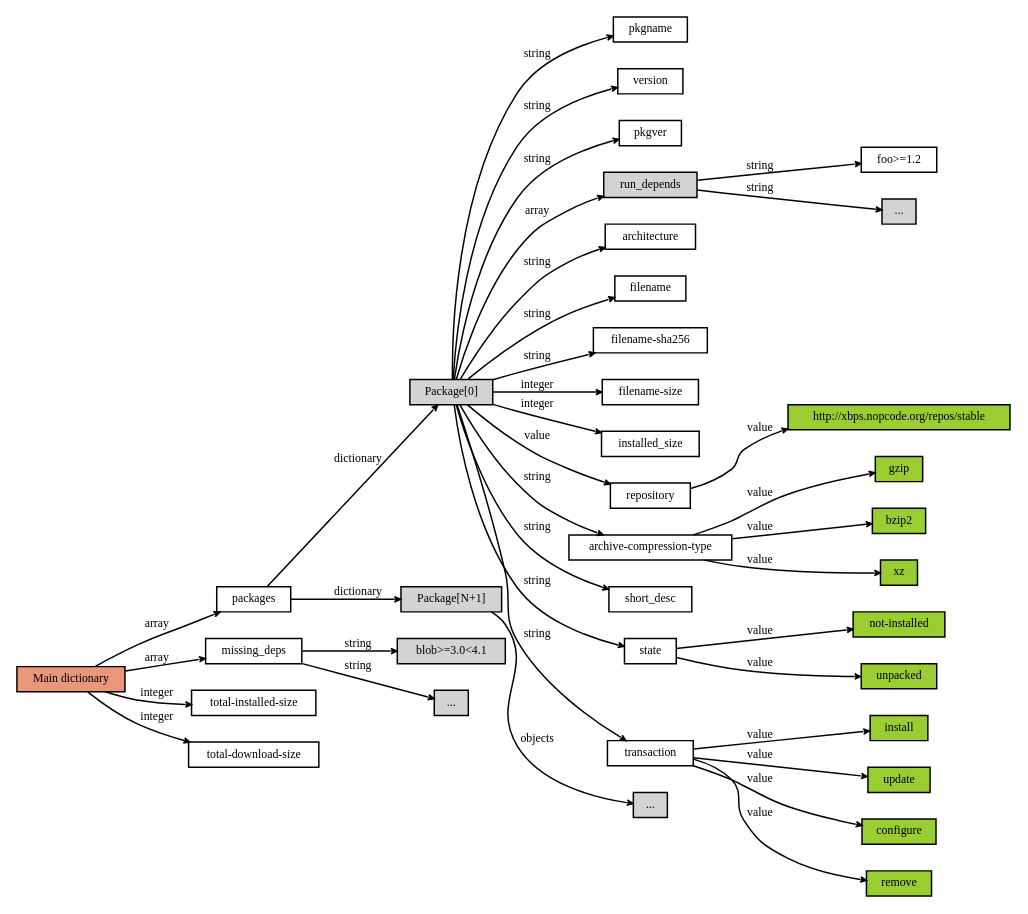
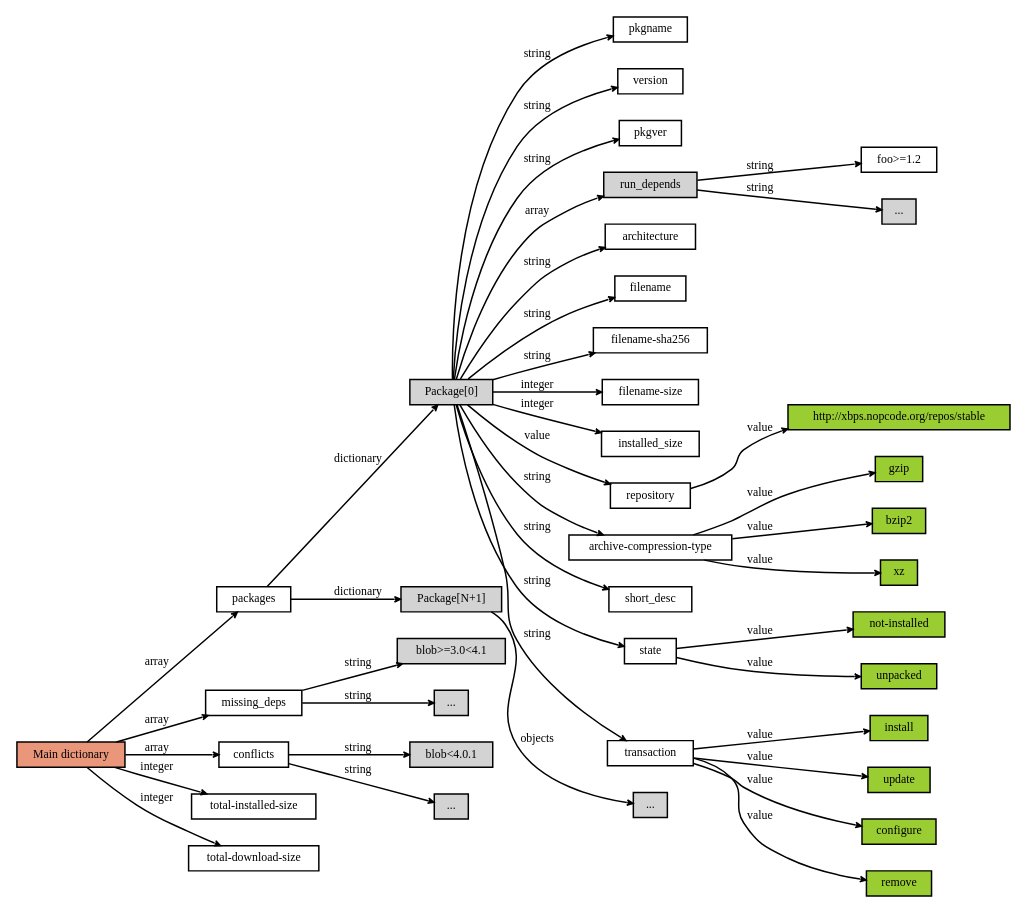
Before and after one commit to void-linux/xbps: the diagram in doc/xbps_transaction_dictionary.dot, drawn with Graphviz.

Commit message:
doc: update transaction dot file.

```diff
--- a/doc/xbps_transaction_dictionary.dot
+++ b/doc/xbps_transaction_dictionary.dot
@@ -1,66 +1,71 @@
 digraph transaction_dictionary {
 	graph [rankdir=LR,ranksep=".1"];
 	edge [arrowhead="vee",arrowsize="0.40",fontname="DejaVuSansCondensed",fontsize="8"];
 	node [shape=box,fontname="DejaVuSansCondensed",fontsize="8",height=".1",width=".1"];
 	main -> packages [label="array"];
 	main -> missing_deps [label="array"];
+	main -> conflicts [label="array"];
 	missing_deps -> mdep1 [label="string"];
 	missing_deps -> mdep2 [label="string"];
+	conflicts -> conflict1 [label="string"];
+	conflicts -> conflict2 [label="string"];
 	mdep1 [style=filled,label="blob>=3.0<4.1"];
 	mdep2 [style=filled,label="..."];
+	conflict1 [style=filled,label="blob<4.0.1"];
+	conflict2 [style=filled,label="..."];
 	main -> totalsize [label="integer"];
 	main -> totaldlsize [label="integer"];
 	main [style=filled,fillcolor="darksalmon",label="Main dictionary"];
 	totalsize [label="total-installed-size"];
 	totaldlsize [label="total-download-size"];
 	packages -> dictionary [label="dictionary"];
 	packages -> dictionary2 [label="dictionary"];
 	dictionary [style=filled,label="Package[0]"];
 	dictionary2 [style=filled,label="Package[N+1]"];
 	dictionary2 -> dict2_objs [label="objects"];
 	dict2_objs [style=filled,label="..."];
 	dictionary -> pkgname [label="string"];
 	dictionary -> version [label="string"];
 	dictionary -> pkgver [label="string"];
 	dictionary -> run_depends [label="array"];
 	run_depends [style=filled];
 	run_depends -> rundep1_string [label="string"];
 	run_depends -> rundep2_string [label="string"];
 	rundep1_string [label="foo>=1.2"];
 	rundep2_string [style=filled,label="..."];
 	dictionary -> architecture [label="string"];
 	dictionary -> filename [label="string"];
 	dictionary -> fnamesha256 [label="string"];
 	fnamesha256 [label="filename-sha256"];
 	dictionary -> fnamesize [label="integer"];
 	fnamesize [label="filename-size"];
 	dictionary -> instsize [label="integer"];
 	instsize [label="installed_size"];
 	dictionary -> repository [label="value"];
 	repository -> repoval [label="value"];
 	repoval [style=filled,fillcolor="yellowgreen",label="http://xbps.nopcode.org/repos/stable"];
 	dictionary -> archive_comptype [label="string"];
 	archive_comptype [label="archive-compression-type"];
 	archive_comptype -> comptype_gz [label="value"];
 	archive_comptype -> comptype_bz [label="value"];
 	archive_comptype -> comptype_xz [label="value"];
 	comptype_gz [style=filled,fillcolor="yellowgreen",label="gzip"];
 	comptype_bz [style=filled,fillcolor="yellowgreen",label="bzip2"];
 	comptype_xz [style=filled,fillcolor="yellowgreen",label="xz"];
 	dictionary -> short_desc [label="string"];
 	dictionary -> state [label="string"];
 	state -> state_notinst [label="value"];
 	state -> state_unpacked [label="value"];
 	state_notinst [style=filled,fillcolor="yellowgreen",label="not-installed"];
 	state_unpacked [style=filled,fillcolor="yellowgreen",label="unpacked"];
 	dictionary -> transaction [label="string"];
 	transaction [label="transaction"];
 	transaction -> tract_inst [label="value"];
 	transaction -> tract_up [label="value"];
 	transaction -> tract_cf [label="value"];
 	transaction -> tract_rm [label="value"];
 	tract_inst [style=filled,fillcolor="yellowgreen",label="install"];
 	tract_up [style=filled,fillcolor="yellowgreen",label="update"];
 	tract_cf [style=filled,fillcolor="yellowgreen",label="configure"];
 	tract_rm [style=filled,fillcolor="yellowgreen",label="remove"];
 }
```
